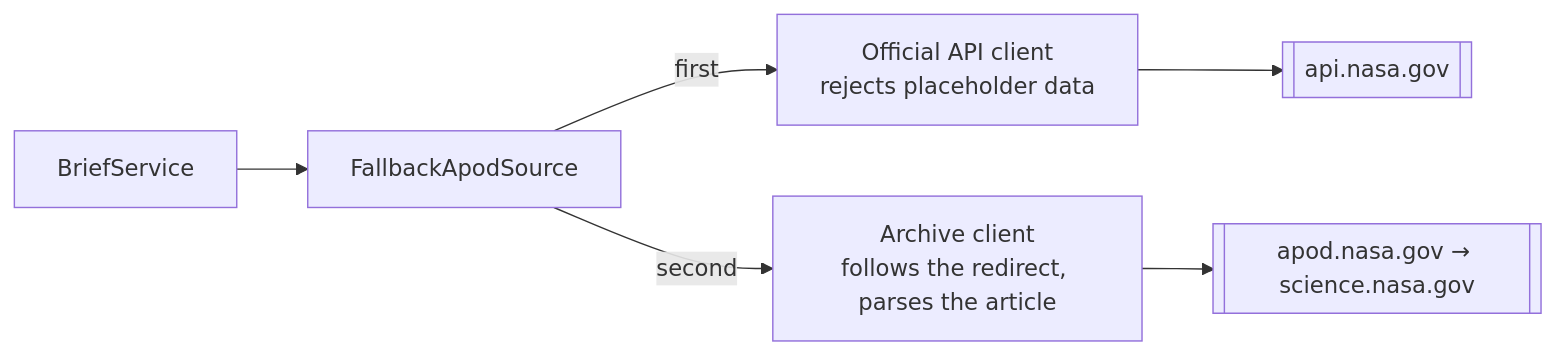
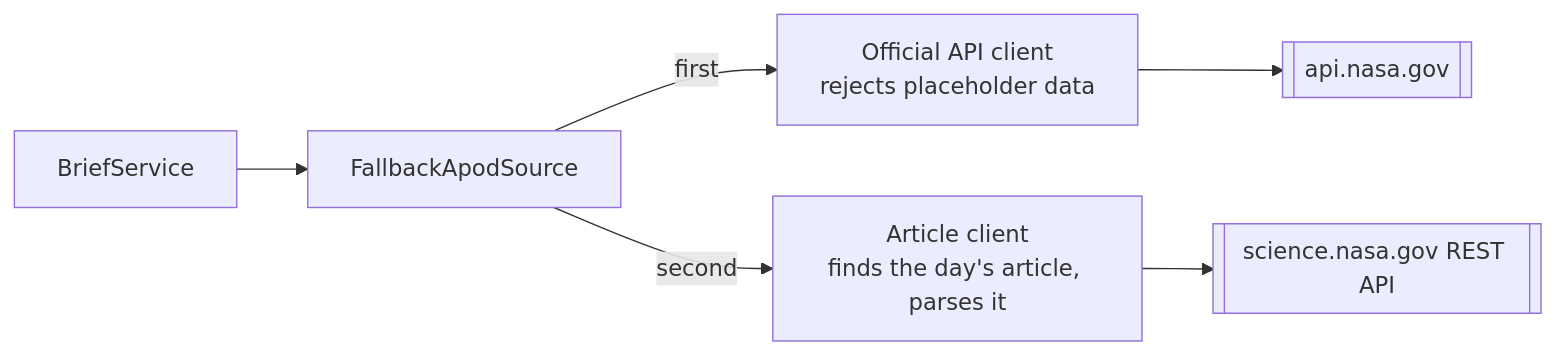
One commit to OstapchukIryna/astronomy-brief changed the second of 3 diagrams in README.md. Above: the diagram before and after it, drawn with Mermaid. The commit also changed other lines of this file and 10 other files, not shown here.

Commit message:
refactor(apod): replace archive client with article client and update related logic

````diff
--- a/README.md
+++ b/README.md
@@ -65,8 +65,8 @@
 ```mermaid
 flowchart LR
     svc[BriefService] --> fb[FallbackApodSource]
     fb -->|first| api[Official API client<br/>rejects placeholder data]
-    fb -->|second| arc[Archive client<br/>follows the redirect, parses the article]
+    fb -->|second| art[Article client<br/>finds the day's article, parses it]
     api --> nasaapi[[api.nasa.gov]]
-    arc --> nasaarc[[apod.nasa.gov → science.nasa.gov]]
+    art --> nasasci[[science.nasa.gov REST API]]
 ```
````
